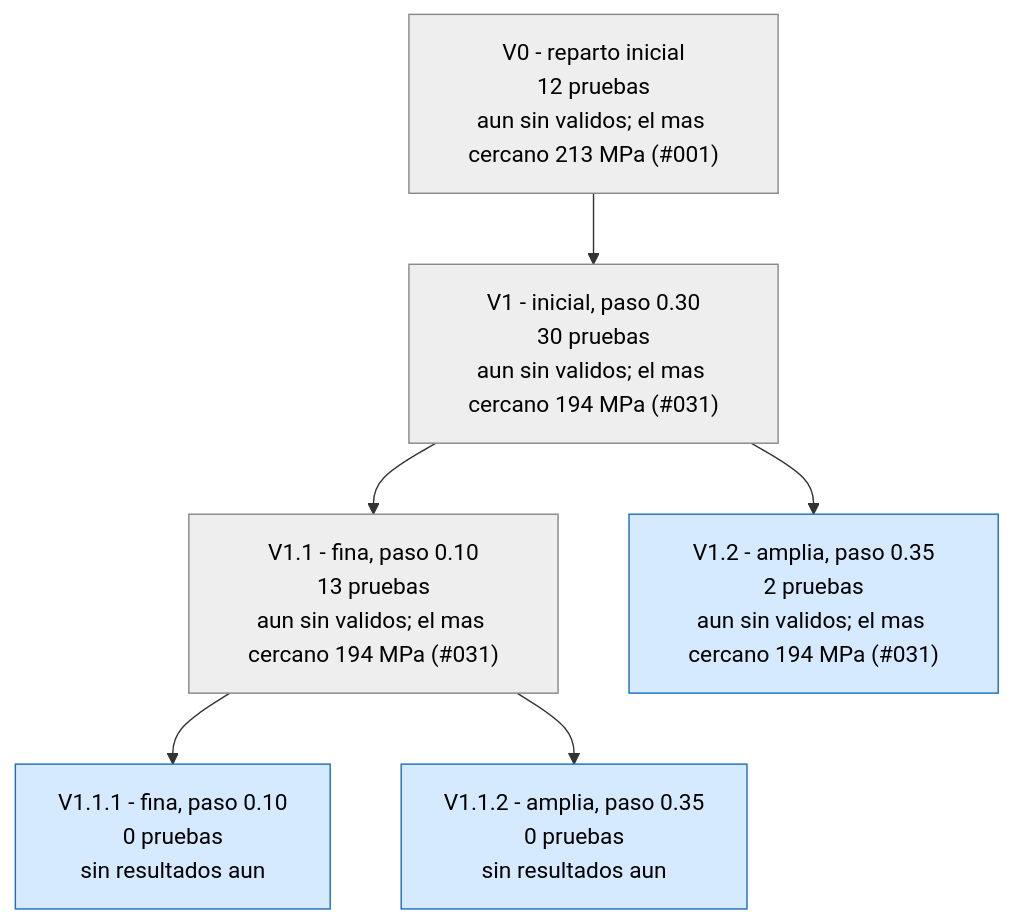
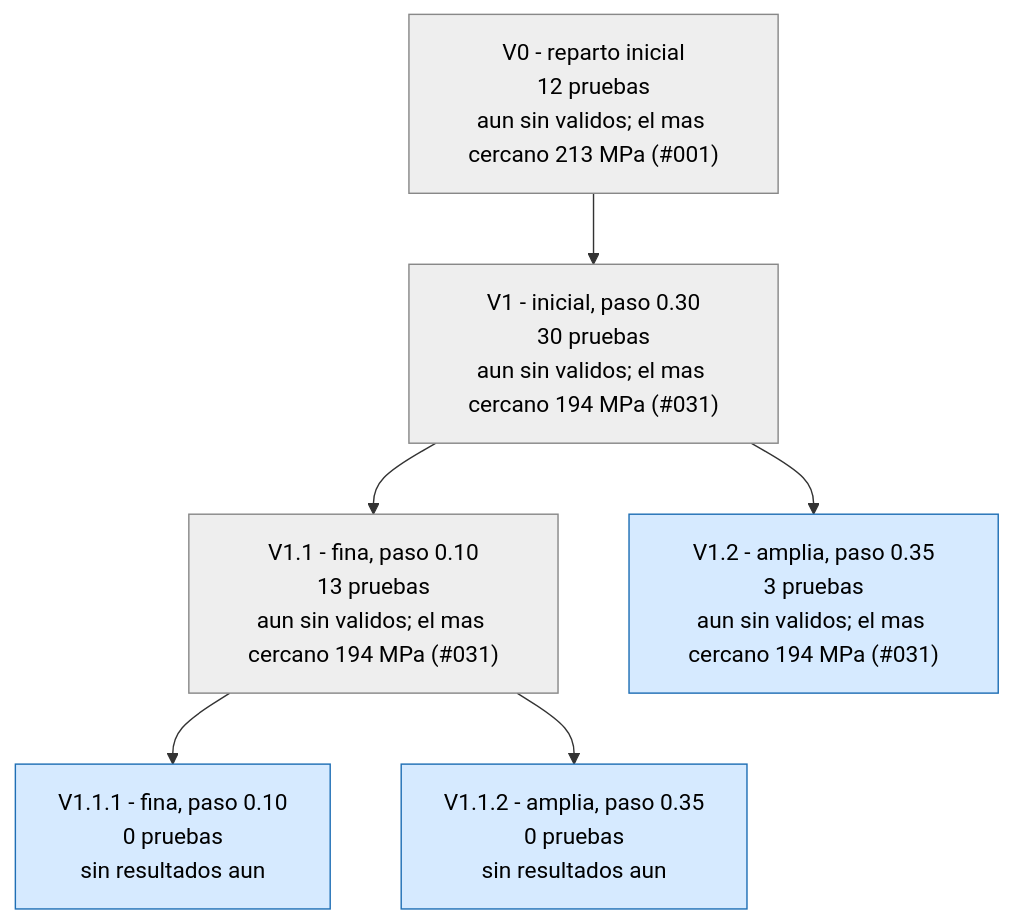
The first of 3 diagrams in runs/opt_37800N/ARBOL.md (Hugiko/msd-soporte-optimizacion), drawn with Mermaid before and after one commit. The commit also changed 19 other files, not shown here.

````diff
--- a/runs/opt_37800N/ARBOL.md
+++ b/runs/opt_37800N/ARBOL.md
@@ -9,17 +9,17 @@
 ```mermaid
 graph TD
 classDef activa fill:#d6eaff,stroke:#1f6fb5,color:#000
 classDef fin fill:#eeeeee,stroke:#888,color:#000
 classDef mejor fill:#c8f0c0,stroke:#1a9850,stroke-width:4px,color:#000
 V0["V0 - reparto inicial<br/>12 pruebas<br/>aun sin validos; el mas cercano 213 MPa (#001)"]:::fin
 V1["V1 - inicial, paso 0.30<br/>30 pruebas<br/>aun sin validos; el mas cercano 194 MPa (#031)"]:::fin
 V0 --> V1
 V1_1["V1.1 - fina, paso 0.10<br/>13 pruebas<br/>aun sin validos; el mas cercano 194 MPa (#031)"]:::fin
 V1 --> V1_1
-V1_2["V1.2 - amplia, paso 0.35<br/>2 pruebas<br/>aun sin validos; el mas cercano 194 MPa (#031)"]:::activa
+V1_2["V1.2 - amplia, paso 0.35<br/>3 pruebas<br/>aun sin validos; el mas cercano 194 MPa (#031)"]:::activa
 V1 --> V1_2
 V1_1_1["V1.1.1 - fina, paso 0.10<br/>0 pruebas<br/>sin resultados aun"]:::activa
 V1_1 --> V1_1_1
 V1_1_2["V1.1.2 - amplia, paso 0.35<br/>0 pruebas<br/>sin resultados aun"]:::activa
 V1_1 --> V1_1_2
 ```
````
